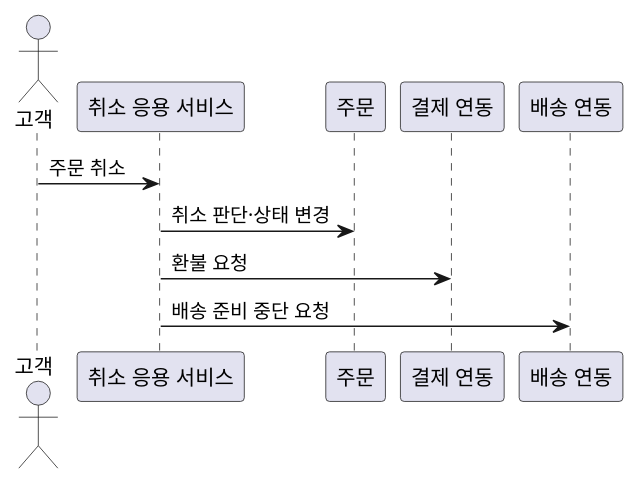
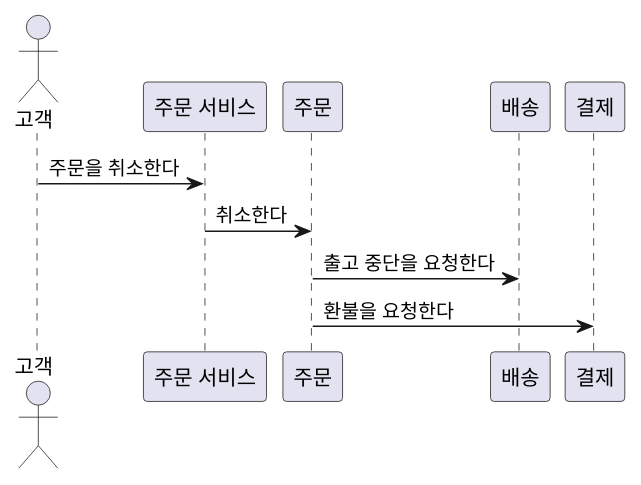
Diagram 11 of 12 in courses/ooad/sessions/s01.md (YoungSan77/TrainingMaterials), drawn with PlantUML before and after one commit. The commit also changed other lines of this file and 154 other files, not shown here.

````diff
--- a/courses/ooad/sessions/s01.md
+++ b/courses/ooad/sessions/s01.md
@@ -827,14 +772,14 @@
 ```plantuml:sequence
 @startuml
 actor "고객" as Customer
-participant "취소 응용 서비스" as OrderService
+participant "주문 서비스" as OrderService
 participant "주문" as Order
-participant "결제 연동" as Payment
-participant "배송 연동" as Shipping
+participant "배송" as Delivery
+participant "결제" as Payment
 
-Customer -> OrderService : 주문 취소
-OrderService -> Order : 취소 판단·상태 변경
-OrderService -> Payment : 환불 요청
-OrderService -> Shipping : 배송 준비 중단 요청
+Customer -> OrderService : 주문을 취소한다
+OrderService -> Order : 취소한다
+Order -> Delivery : 출고 중단을 요청한다
+Order -> Payment : 환불을 요청한다
 @enduml
 ```
````
